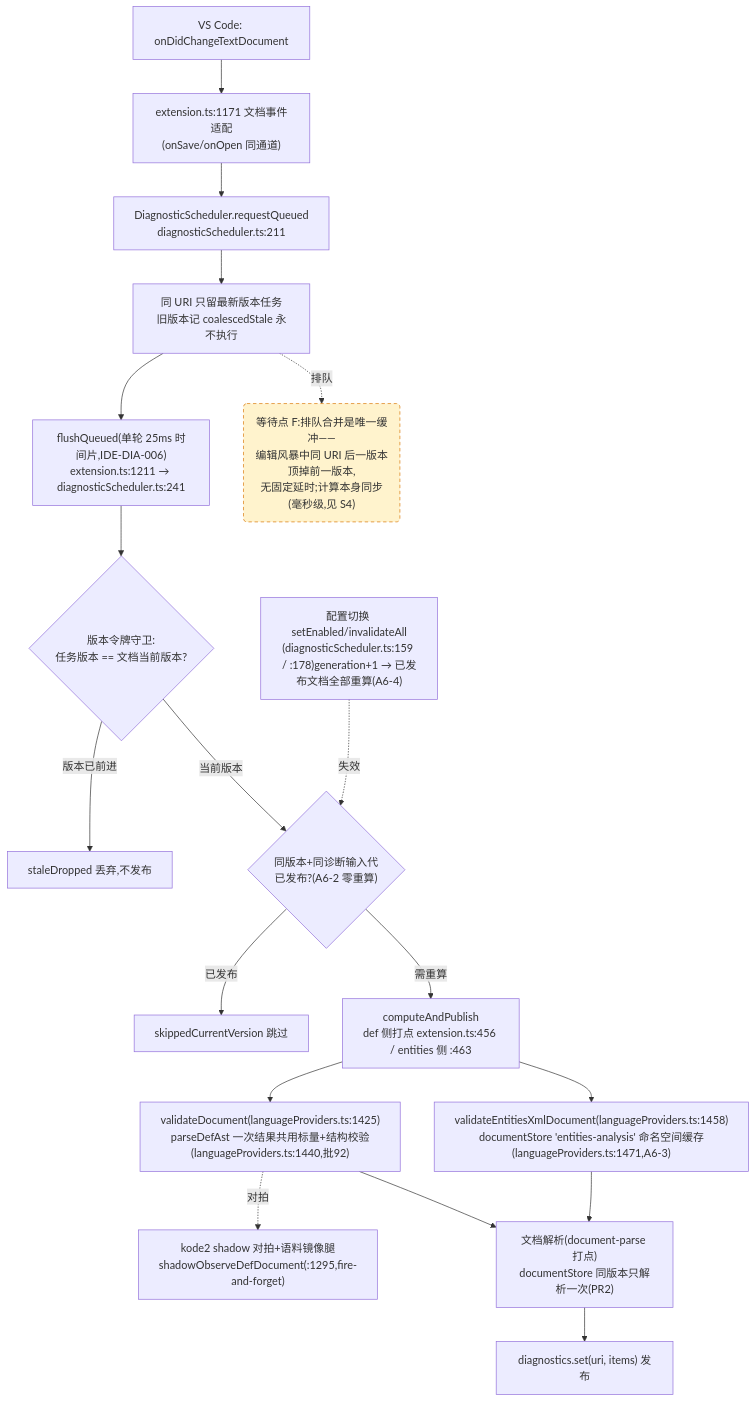
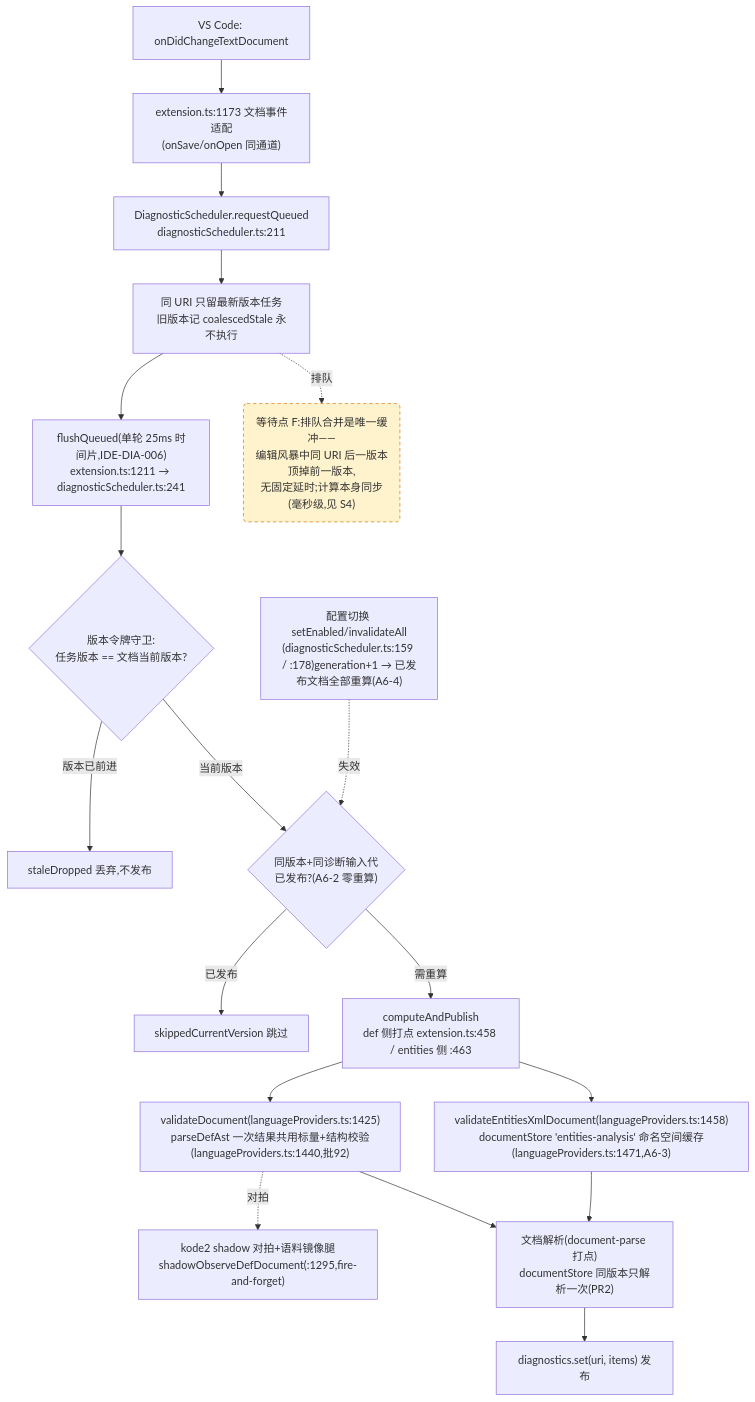
The fourth of 4 diagrams in docs/perf/2026-baseline.md (cuihairu/kode), drawn with Mermaid before and after one commit. The commit also changed other lines of this file and 15 other files, not shown here.

````diff
--- a/docs/perf/2026-baseline.md
+++ b/docs/perf/2026-baseline.md
@@ -214,38 +214,38 @@
 ```mermaid
 flowchart TD
   CHG["VS Code: onDidChangeTextDocument"]
-  WATCH["extension.ts:1171 文档事件适配<br/>(onSave/onOpen 同通道)"]
+  WATCH["extension.ts:1173 文档事件适配<br/>(onSave/onOpen 同通道)"]
   RQ["DiagnosticScheduler.requestQueued<br/>diagnosticScheduler.ts:211"]
   CO["同 URI 只留最新版本任务<br/>旧版本记 coalescedStale 永不执行"]
   FL["flushQueued(单轮 25ms 时间片,IDE-DIA-006)<br/>extension.ts:1211 → diagnosticScheduler.ts:241"]
   VG{"版本令牌守卫:<br/>任务版本 == 文档当前版本?"}
   DROP["staleDropped 丢弃,不发布"]
   GEN{"同版本+同诊断输入代<br/>已发布?(A6-2 零重算)"}
   SKIP["skippedCurrentVersion 跳过"]
-  CALC["computeAndPublish<br/>def 侧打点 extension.ts:456 / entities 侧 :463"]
+  CALC["computeAndPublish<br/>def 侧打点 extension.ts:458 / entities 侧 :463"]
   VD["validateDocument(languageProviders.ts:1425)<br/>parseDefAst 一次结果共用标量+结构校验(languageProviders.ts:1440,批92)"]
   VEX["validateEntitiesXmlDocument(languageProviders.ts:1458)<br/>documentStore 'entities-analysis' 命名空间缓存(languageProviders.ts:1471,A6-3)"]
   SHDD["kode2 shadow 对拍+语料镜像腿<br/>shadowObserveDefDocument(:1295,fire-and-forget)"]
   DS["文档解析(document-parse 打点)<br/>documentStore 同版本只解析一次(PR2)"]
   PUB["diagnostics.set(uri, items) 发布"]
   CFG2["配置切换 setEnabled/invalidateAll<br/>(diagnosticScheduler.ts:159 / :178)generation+1 → 已发布文档全部重算(A6-4)"]
 
   CHG --> WATCH --> RQ --> CO --> FL --> VG
   VG -- "版本已前进" --> DROP
   VG -- "当前版本" --> GEN
   GEN -- "已发布" --> SKIP
   GEN -- "需重算" --> CALC
   CALC --> VD
   CALC --> VEX
   VD --> DS
   VEX --> DS
   DS --> PUB
   VD -.->|对拍| SHDD
   CFG2 -.->|失效| GEN
 
   WAITF("等待点 F:排队合并是唯一缓冲——<br/>编辑风暴中同 URI 后一版本顶掉前一版本,<br/>无固定延时;计算本身同步(毫秒级,见 S4)")
   CO -.->|排队| WAITF
 
   classDef waitPoint fill:#fff3cd,stroke:#d97706,stroke-dasharray:5 4;
   class WAITF waitPoint;
 ```
````
